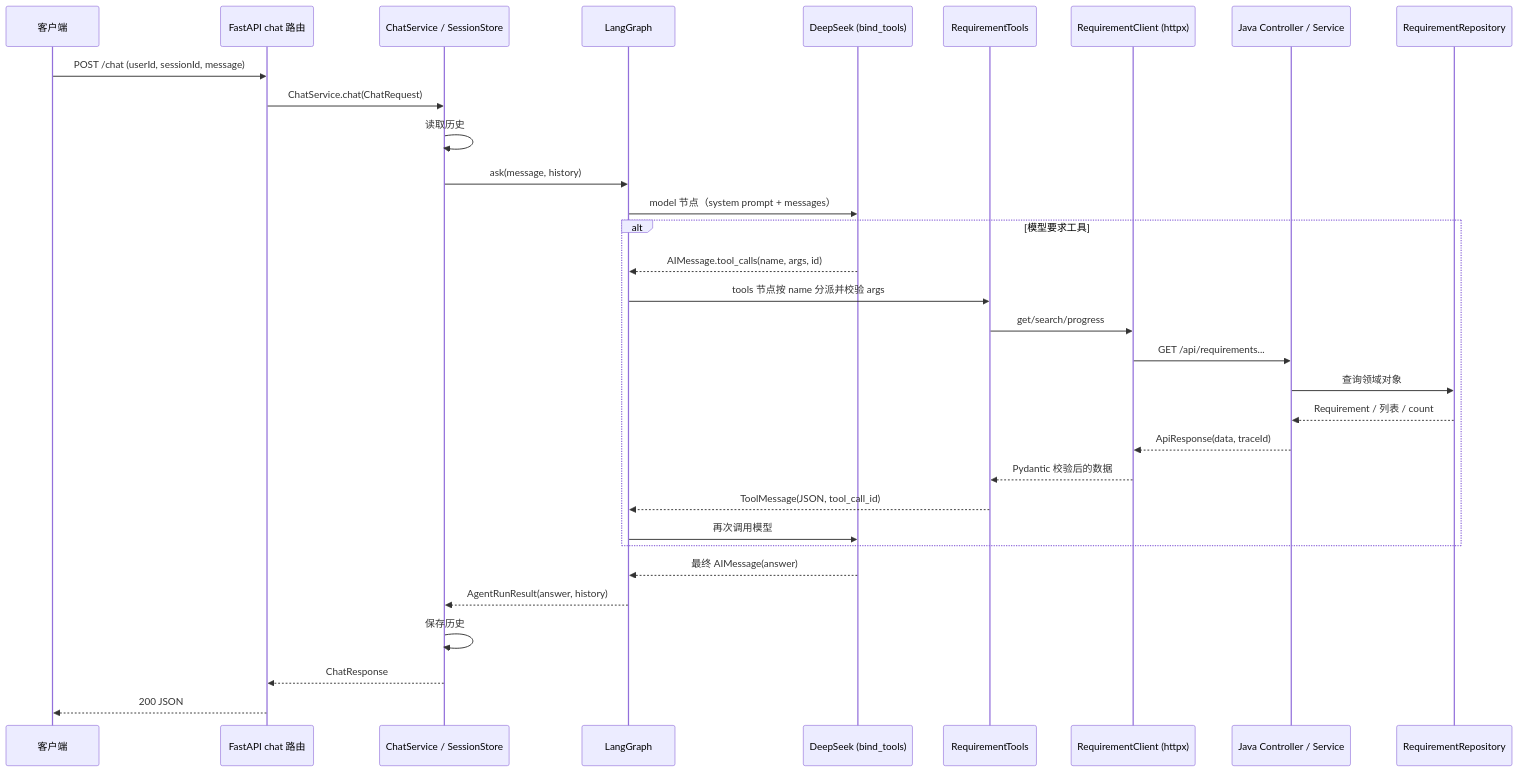
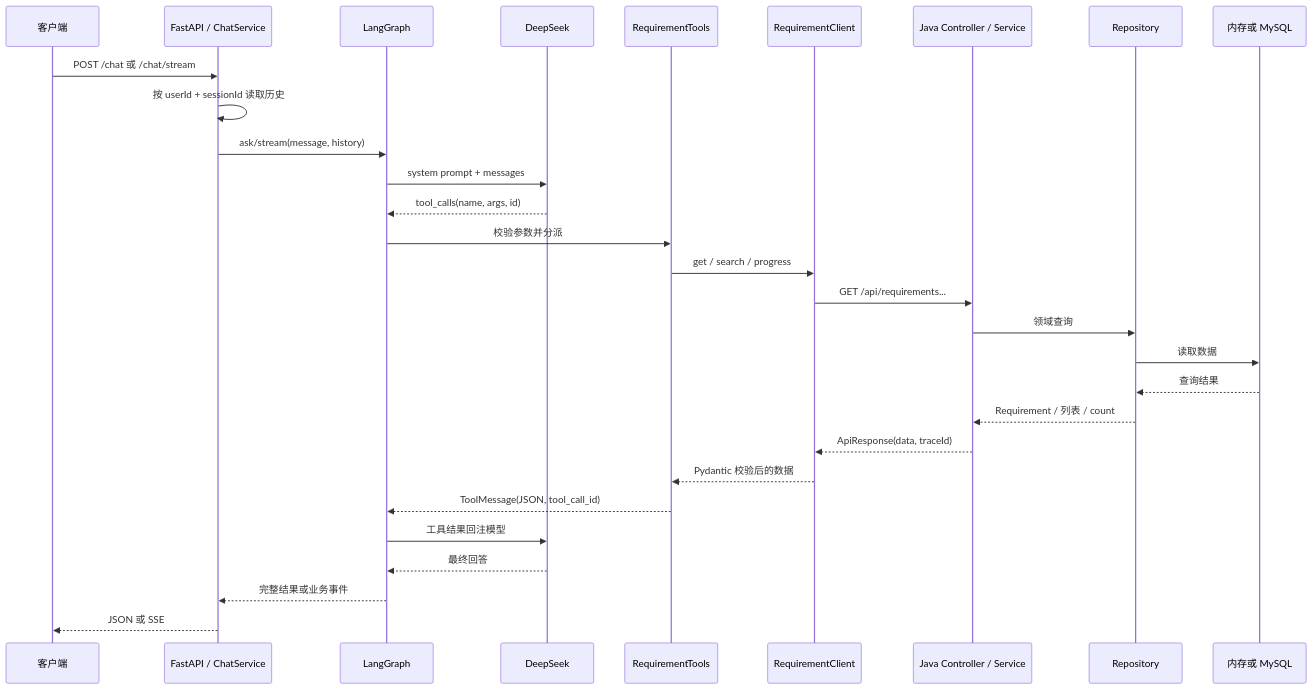
The second of 3 diagrams in docs/current-flow.md (enabler666/enterprise-agent-demo), drawn with Mermaid before and after one commit. The commit also changed other lines of this file and 8 other files, not shown here.

````diff
--- a/docs/current-flow.md
+++ b/docs/current-flow.md
@@ -76,35 +65,32 @@
 ```mermaid
 sequenceDiagram
     participant U as 客户端
-    participant R as FastAPI chat 路由
-    participant C as ChatService / SessionStore
+    participant F as FastAPI / ChatService
     participant G as LangGraph
-    participant L as DeepSeek (bind_tools)
+    participant L as DeepSeek
     participant T as RequirementTools
-    participant H as RequirementClient (httpx)
+    participant H as RequirementClient
     participant J as Java Controller / Service
-    participant P as RequirementRepository
+    participant R as Repository
+    participant D as 内存或 MySQL
 
-    U->>R: POST /chat (userId, sessionId, message)
-    R->>C: ChatService.chat(ChatRequest)
-    C->>C: 读取历史
-    C->>G: ask(message, history)
-    G->>L: model 节点（system prompt + messages）
-    alt 模型要求工具
-        L-->>G: AIMessage.tool_calls(name, args, id)
-        G->>T: tools 节点按 name 分派并校验 args
-        T->>H: get/search/progress
-        H->>J: GET /api/requirements...
-        J->>P: 查询领域对象
-        P-->>J: Requirement / 列表 / count
-        J-->>H: ApiResponse(data, traceId)
-        H-->>T: Pydantic 校验后的数据
-        T-->>G: ToolMessage(JSON, tool_call_id)
-        G->>L: 再次调用模型
-    end
-    L-->>G: 最终 AIMessage(answer)
-    G-->>C: AgentRunResult(answer, history)
-    C->>C: 保存历史
-    C-->>R: ChatResponse
-    R-->>U: 200 JSON
+    U->>F: POST /chat 或 /chat/stream
+    F->>F: 按 userId + sessionId 读取历史
+    F->>G: ask/stream(message, history)
+    G->>L: system prompt + messages
+    L-->>G: tool_calls(name, args, id)
+    G->>T: 校验参数并分派
+    T->>H: get / search / progress
+    H->>J: GET /api/requirements...
+    J->>R: 领域查询
+    R->>D: 读取数据
+    D-->>R: 查询结果
+    R-->>J: Requirement / 列表 / count
+    J-->>H: ApiResponse(data, traceId)
+    H-->>T: Pydantic 校验后的数据
+    T-->>G: ToolMessage(JSON, tool_call_id)
+    G->>L: 工具结果回注模型
+    L-->>G: 最终回答
+    G-->>F: 完整结果或业务事件
+    F-->>U: JSON 或 SSE
 ```
````
